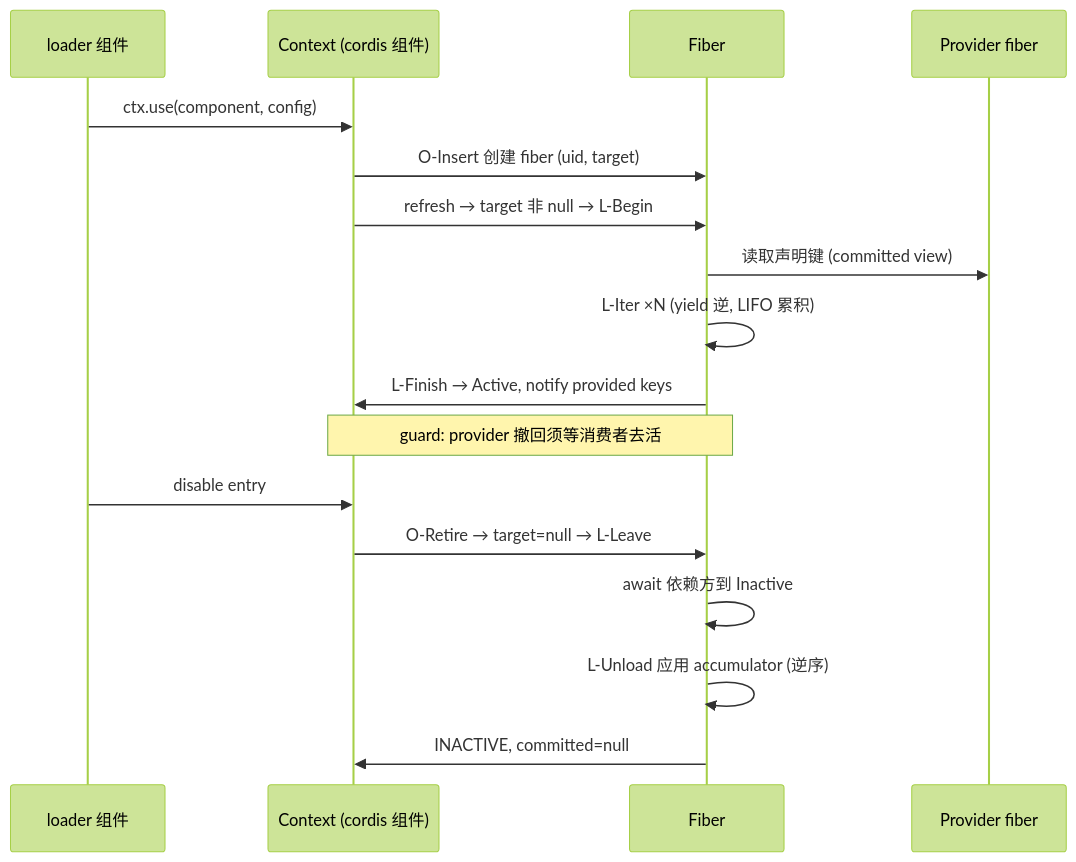
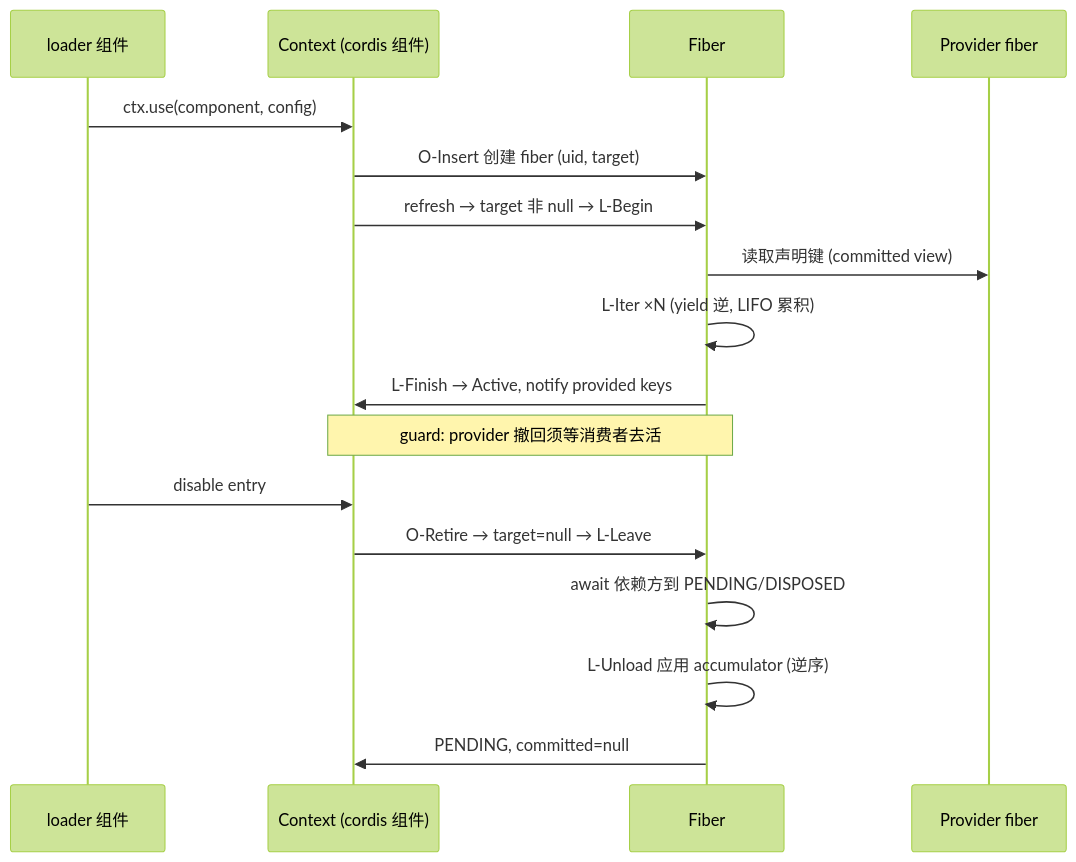
One commit to jesspig/zeta-agent changed the third of 4 diagrams in docs/desgin/framework/core-semantics.md. Above: the diagram before and after it, drawn with Mermaid (forest theme). The commit also changed other lines of this file and 22 other files, not shown here.

````diff
--- a/docs/desgin/framework/core-semantics.md
+++ b/docs/desgin/framework/core-semantics.md
@@ -364,19 +368,19 @@
 ```mermaid
 sequenceDiagram
     participant L as loader 组件
     participant C as Context (cordis 组件)
     participant F as Fiber
     participant P as Provider fiber
     L->>C: ctx.use(component, config)
     C->>F: O-Insert 创建 fiber (uid, target)
     C->>F: refresh → target 非 null → L-Begin
     F->>P: 读取声明键 (committed view)
     F->>F: L-Iter ×N (yield 逆, LIFO 累积)
     F->>C: L-Finish → Active, notify provided keys
     Note over C,F: guard: provider 撤回须等消费者去活
     L->>C: disable entry
     C->>F: O-Retire → target=null → L-Leave
-    F->>F: await 依赖方到 Inactive
+    F->>F: await 依赖方到 PENDING/DISPOSED
     F->>F: L-Unload 应用 accumulator (逆序)
-    F->>C: INACTIVE, committed=null
+    F->>C: PENDING, committed=null
 ```
````
